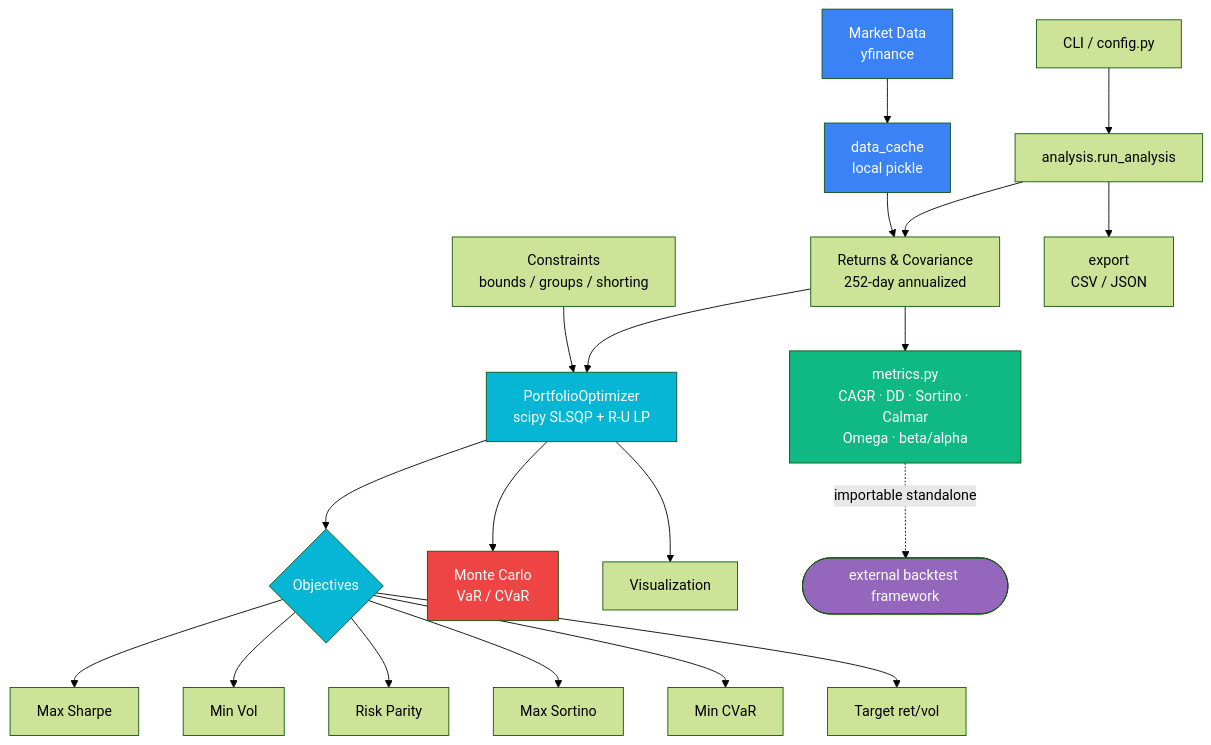
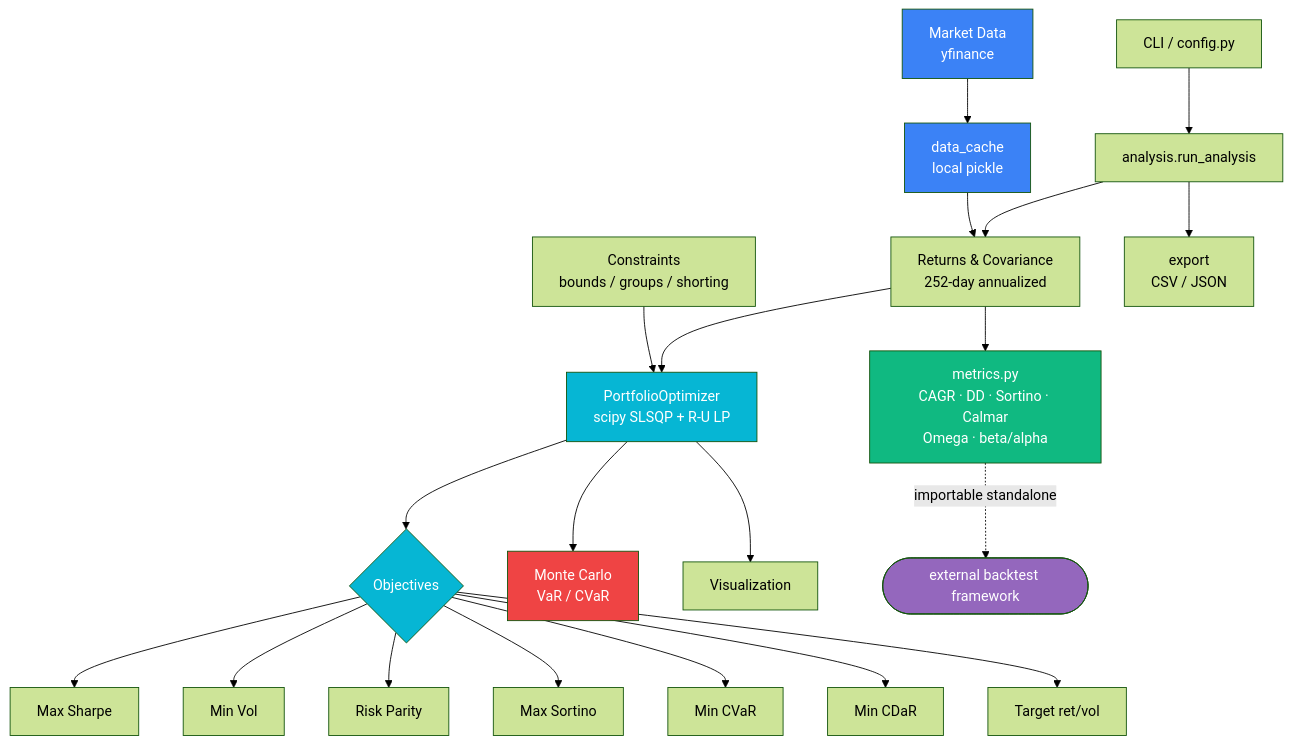
The diagram in packages/portfolio-optimization/README.md (nicholim/quant-lab), drawn with Mermaid (forest theme) before and after one commit. The commit also changed other lines of this file and 10 other files, not shown here.

````diff
--- a/packages/portfolio-optimization/README.md
+++ b/packages/portfolio-optimization/README.md
@@ -27,29 +28,30 @@
 ```mermaid
 graph TD
     CLI[CLI / config.py] --> RUN[analysis.run_analysis]
     YF[Market Data<br/>yfinance] --> CACHE[data_cache<br/>local pickle]
     CACHE --> RET[Returns &amp; Covariance<br/>252-day annualized]
     RUN --> RET
     CON[Constraints<br/>bounds / groups / shorting] --> OPT
     RET --> OPT[PortfolioOptimizer<br/>scipy SLSQP + R-U LP]
     OPT --> OBJ{Objectives}
     OBJ --> O1[Max Sharpe]
     OBJ --> O2[Min Vol]
     OBJ --> O3[Risk Parity]
     OBJ --> O4[Max Sortino]
     OBJ --> O5[Min CVaR]
+    OBJ --> O5b[Min CDaR]
     OBJ --> O6[Target ret/vol]
     RET --> MET[metrics.py<br/>CAGR · DD · Sortino · Calmar<br/>Omega · beta/alpha]
     OPT --> MC[Monte Carlo<br/>VaR / CVaR]
     OPT --> VIZ[Visualization]
     RUN --> EXP[export<br/>CSV / JSON]
     MET -.->|importable standalone| EXT([external backtest framework])
 
     style YF fill:#3b82f6,color:#fff
     style CACHE fill:#3b82f6,color:#fff
     style OPT fill:#06b6d4,color:#fff
     style OBJ fill:#06b6d4,color:#fff
     style MET fill:#10b981,color:#fff
     style MC fill:#ef4444,color:#fff
     style EXT fill:#9467bd,color:#fff
 ```
````
